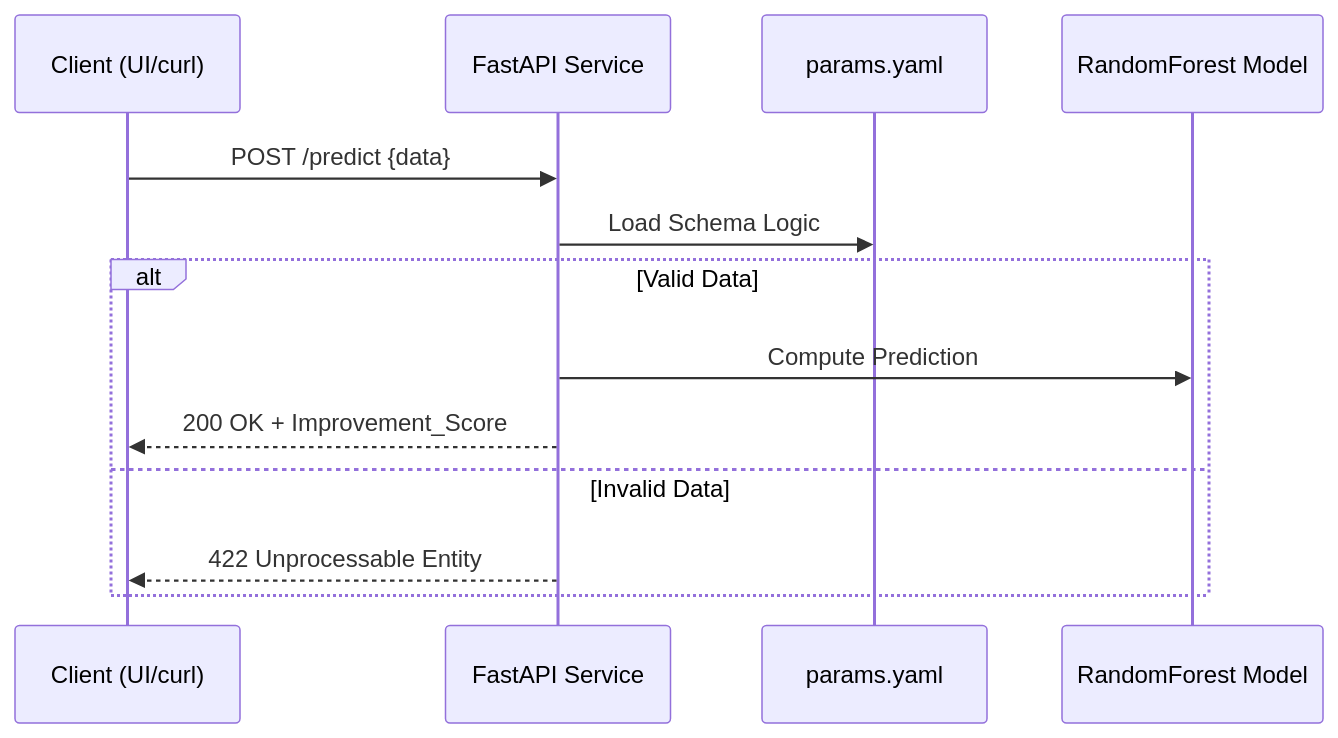
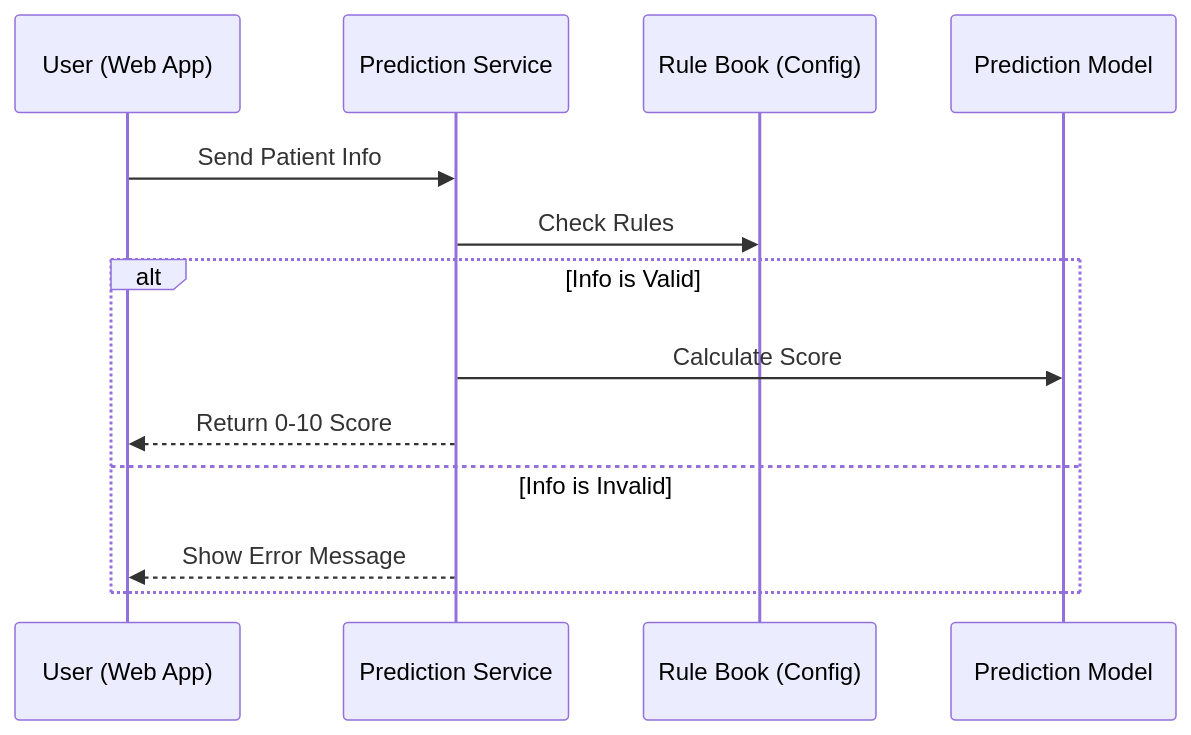
The diagram in inference/README.md (iammohith/MLOps-System-for-Clinical-Treatment-Outcome-Prediction), drawn with Mermaid before and after one commit. The commit also changed other lines of this file and 9 other files, not shown here.

````diff
--- a/inference/README.md
+++ b/inference/README.md
@@ -30,16 +29,16 @@
 ```mermaid
 sequenceDiagram
-    participant C as Client (UI/curl)
-    participant A as FastAPI Service
-    participant P as params.yaml
-    participant M as RandomForest Model
+    participant C as User (Web App)
+    participant A as Prediction Service
+    participant P as Rule Book (Config)
+    participant M as Prediction Model
 
-    C->>A: POST /predict {data}
-    A->>P: Load Schema Logic
-    alt Valid Data
-        A->>M: Compute Prediction
-        A-->>C: 200 OK + Improvement_Score
-    else Invalid Data
-        A-->>C: 422 Unprocessable Entity
+    C->>A: Send Patient Info
+    A->>P: Check Rules
+    alt Info is Valid
+        A->>M: Calculate Score
+        A-->>C: Return 0-10 Score
+    else Info is Invalid
+        A-->>C: Show Error Message
     end
 ```
````
